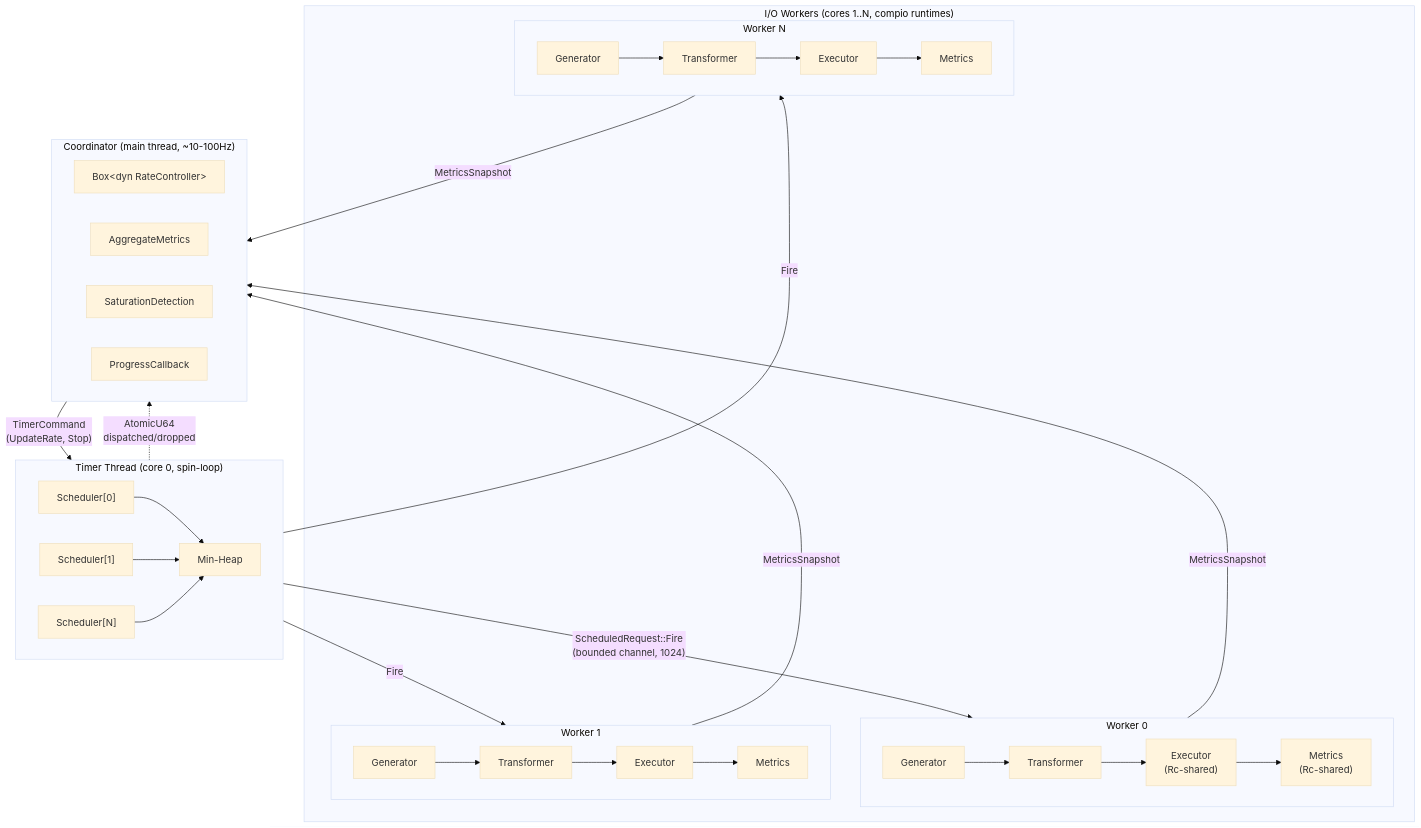
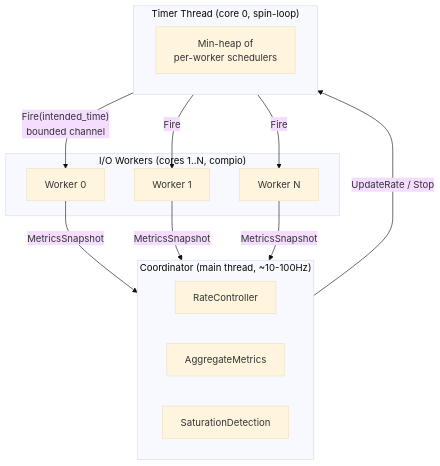
One commit to mtottenh/netanvil-rs changed the first of 2 diagrams in docs/architecture.md. Above: the diagram before and after it, drawn with Mermaid (base theme). The commit also changed other lines of this file and 1 other file, not shown here.

````diff
--- a/docs/architecture.md
+++ b/docs/architecture.md
@@ -70,43 +53,26 @@
 ```mermaid
 graph TB
     subgraph coord["Coordinator (main thread, ~10-100Hz)"]
-        RC["Box&lt;dyn RateController&gt;"]
+        RC["RateController"]
         AM["AggregateMetrics"]
         SD["SaturationDetection"]
-        PC["ProgressCallback"]
     end
 
     subgraph timer["Timer Thread (core 0, spin-loop)"]
-        S0["Scheduler[0]"]
-        S1["Scheduler[1]"]
-        SN["Scheduler[N]"]
-        HEAP["Min-Heap"]
-        S0 --> HEAP
-        S1 --> HEAP
-        SN --> HEAP
+        HEAP["Min-heap of<br/>per-worker schedulers"]
     end
 
-    subgraph workers["I/O Workers (cores 1..N, compio runtimes)"]
-        subgraph w0["Worker 0"]
-            G0["Generator"] --> T0["Transformer"] --> E0["Executor<br/>(Rc-shared)"]
-            E0 --> M0["Metrics<br/>(Rc-shared)"]
-        end
-        subgraph w1["Worker 1"]
-            G1["Generator"] --> T1["Transformer"] --> E1["Executor"]
-            E1 --> M1["Metrics"]
-        end
-        subgraph wn["Worker N"]
-            GN["Generator"] --> TN["Transformer"] --> EN["Executor"]
-            EN --> MN["Metrics"]
-        end
+    subgraph workers["I/O Workers (cores 1..N, compio)"]
+        W0["Worker 0"]
+        W1["Worker 1"]
+        WN["Worker N"]
     end
 
-    coord -- "TimerCommand<br/>(UpdateRate, Stop)" --> timer
-    timer -- "ScheduledRequest::Fire<br/>(bounded channel, 1024)" --> w0
-    timer -- "Fire" --> w1
-    timer -- "Fire" --> wn
-    w0 -- "MetricsSnapshot" --> coord
-    w1 -- "MetricsSnapshot" --> coord
-    wn -- "MetricsSnapshot" --> coord
-    timer -. "AtomicU64<br/>dispatched/dropped" .-> coord
+    coord -- "UpdateRate / Stop" --> timer
+    timer -- "Fire(intended_time)<br/>bounded channel" --> W0
+    timer -- "Fire" --> W1
+    timer -- "Fire" --> WN
+    W0 -- "MetricsSnapshot" --> coord
+    W1 -- "MetricsSnapshot" --> coord
+    WN -- "MetricsSnapshot" --> coord
 ```
````
